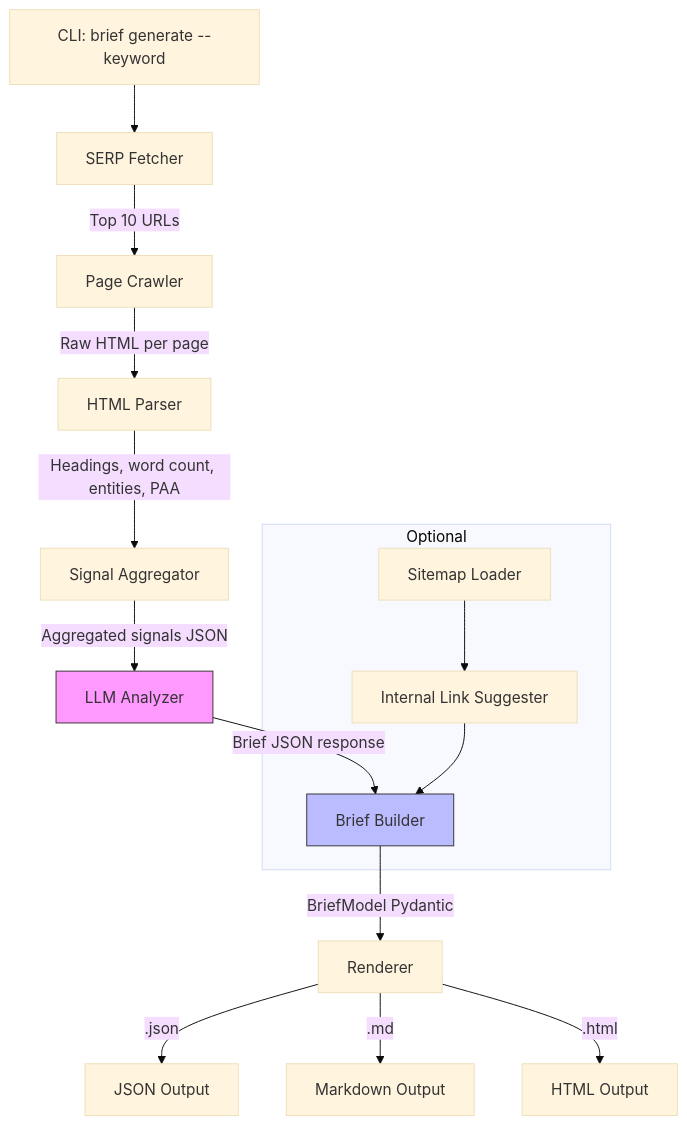
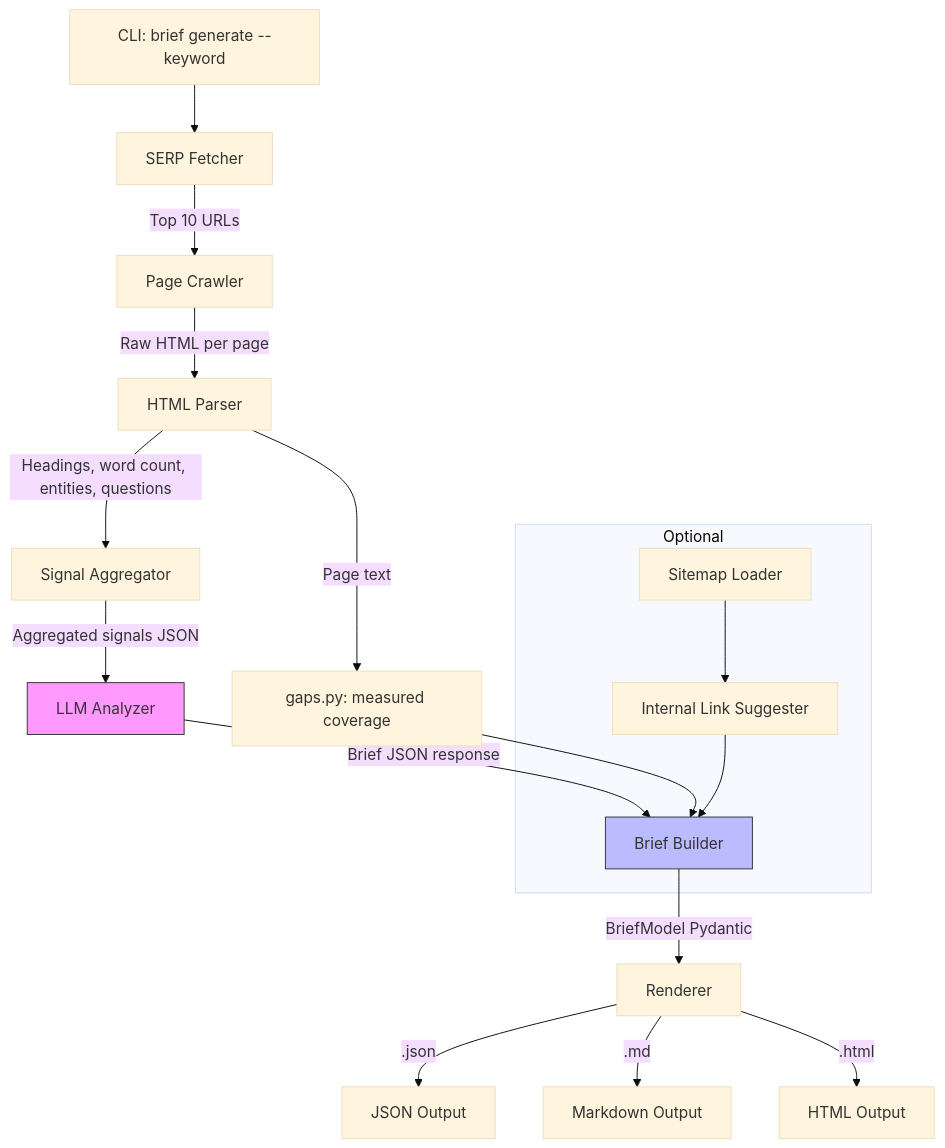
The diagram in README.md (mehranmoghadasi/llm-content-brief-engine), drawn with Mermaid (base theme) before and after one commit. The commit also changed other lines of this file and 3 other files, not shown here.

Commit message:
docs: honest README (measured gaps, sitemap links, Limitations, changelog 0.4.0), USAGE.md, rendered sample brief, CI workflow file

````diff
--- a/README.md
+++ b/README.md
@@ -60,21 +61,23 @@
 ```mermaid
 flowchart TD
     A[CLI: brief generate --keyword] --> B[SERP Fetcher]
     B -->|Top 10 URLs| C[Page Crawler]
     C -->|Raw HTML per page| D[HTML Parser]
-    D -->|Headings, word count, entities, PAA| E[Signal Aggregator]
+    D -->|Headings, word count, entities, questions| E[Signal Aggregator]
     E -->|Aggregated signals JSON| F[LLM Analyzer]
     F -->|Brief JSON response| G[Brief Builder]
+    D -->|Page text| N[gaps.py: measured coverage]
+    N --> G
     G -->|BriefModel Pydantic| H[Renderer]
     H -->|.json| I[JSON Output]
     H -->|.md| J[Markdown Output]
     H -->|.html| K[HTML Output]
 
     subgraph Optional
         L[Sitemap Loader] --> M[Internal Link Suggester]
         M --> G
     end
 
     style F fill:#f9f,stroke:#333
     style G fill:#bbf,stroke:#333
 ```
````
